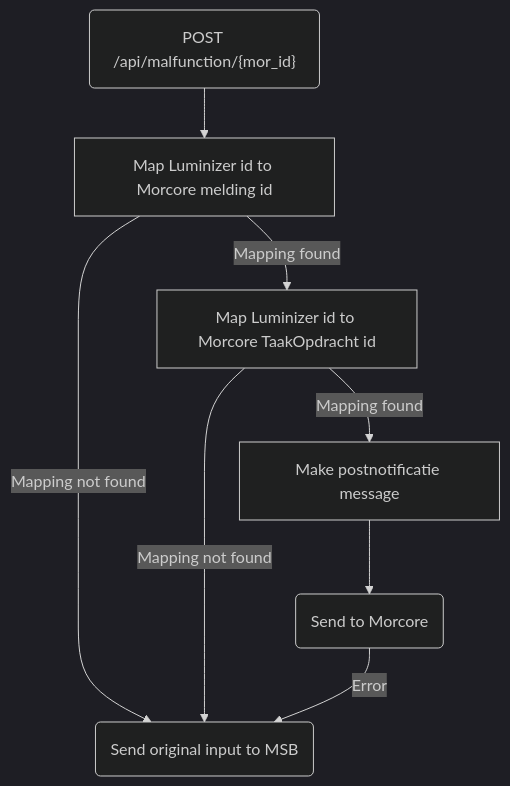
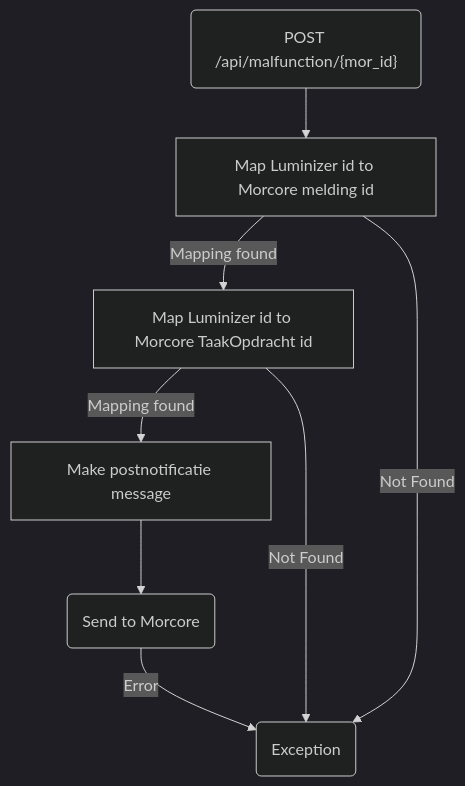
Before and after one commit to wearefrank/morcoreintegration: the diagram in docusaurus/docs/morcoreintegration/luminizer/postnotificatie.md, drawn with Mermaid (dark theme). The commit also changed 3 other files, not shown here.

````diff
--- a/docusaurus/docs/morcoreintegration/luminizer/postnotificatie.md
+++ b/docusaurus/docs/morcoreintegration/luminizer/postnotificatie.md
@@ -16,12 +16,12 @@
 ```mermaid
 flowchart TD
     A("POST /api/malfunction/{mor_id}") --> B[Map Luminizer id to Morcore melding id]
     B -->|Mapping found| C[Map Luminizer id to Morcore TaakOpdracht id]
     C -->|Mapping found| D[Make postnotificatie message]
     D --> E(Send to Morcore)
     
-    F(Send original input to MSB)
-    B -->|Mapping not found| F
-    C -->|Mapping not found| F
-    E -->|Error| F
+    I(Exception)
+    E  --> |Error| I
+    B --> |Not Found| I
+    C --> |Not Found| I
 ```
````
